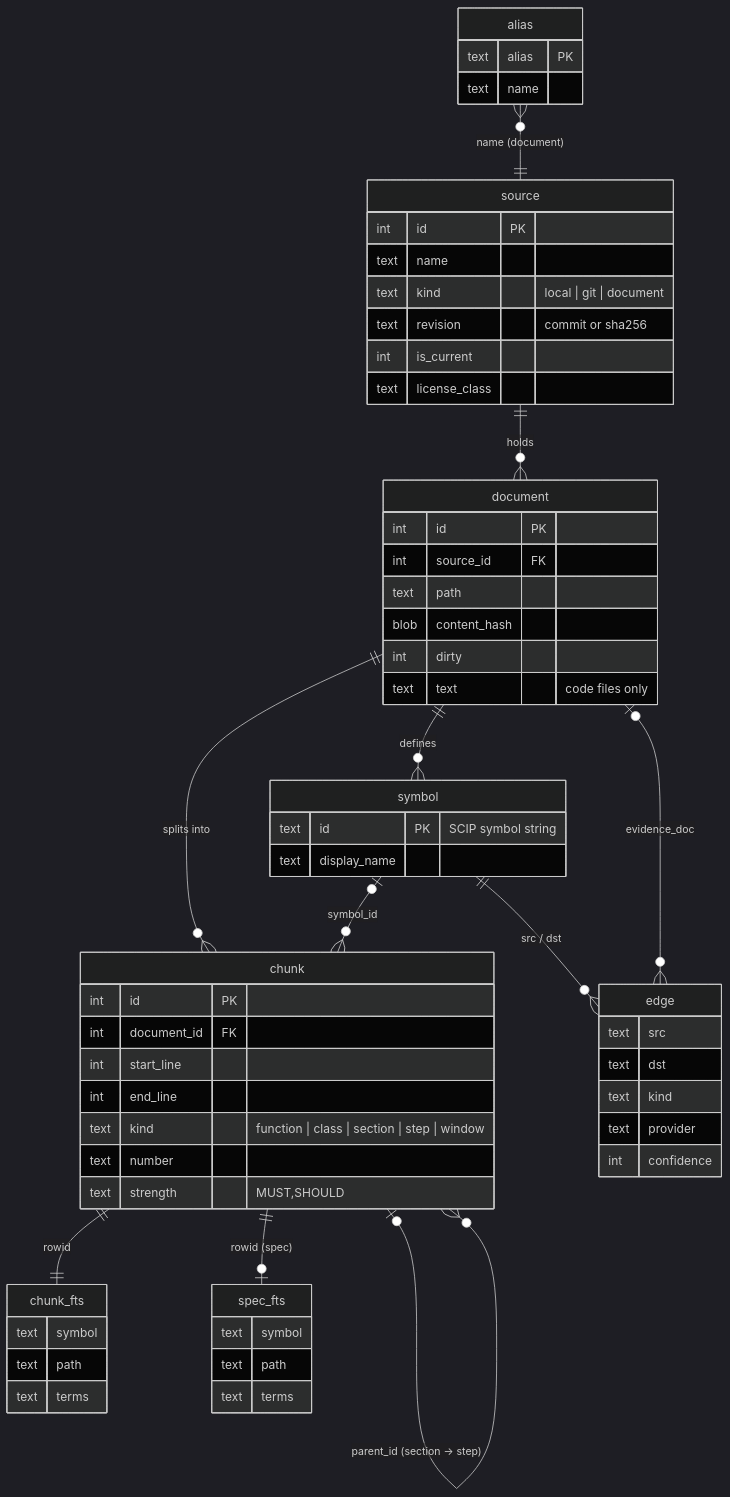
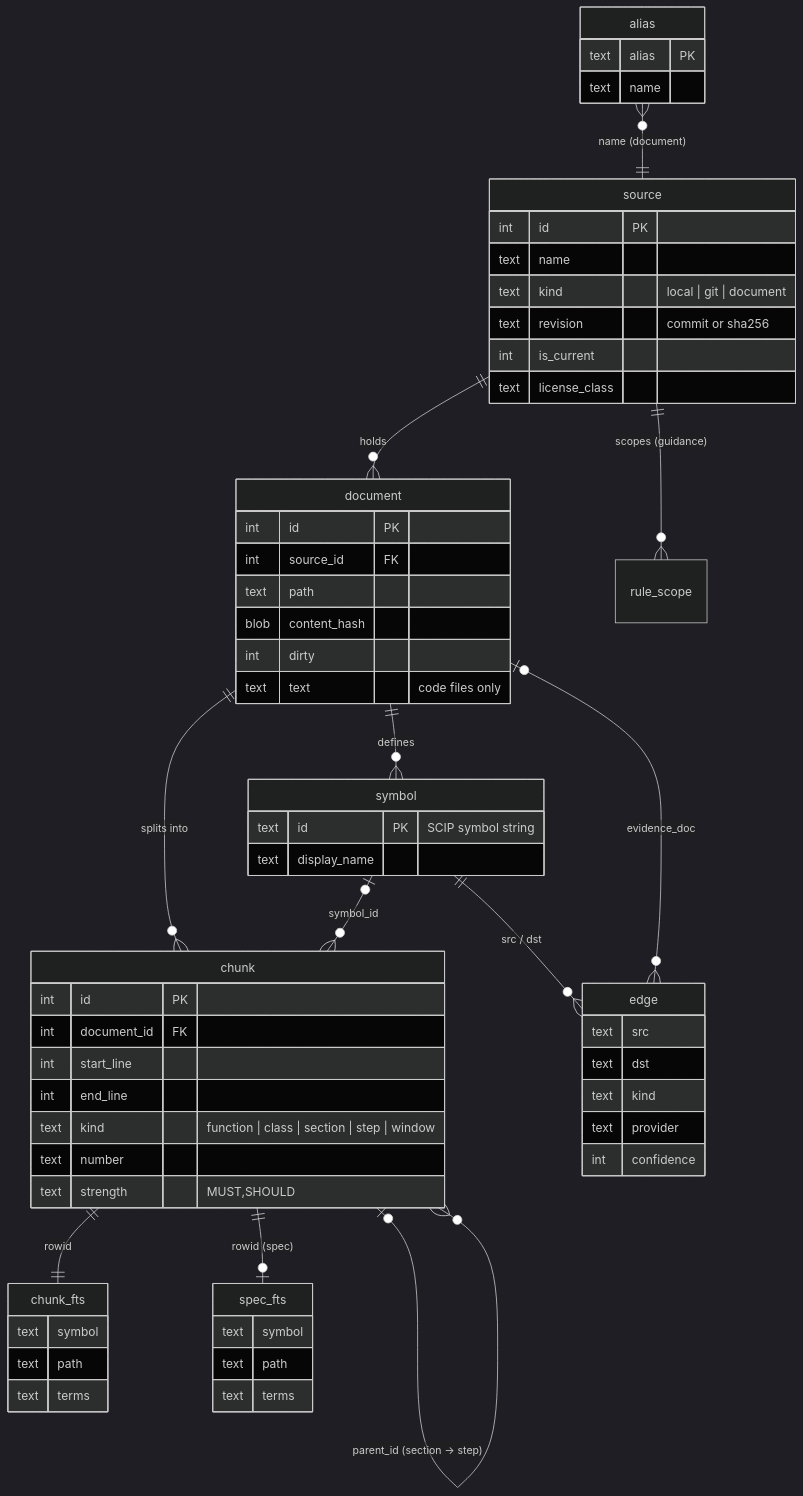
One commit to jamescrowley321/codecite changed the fifth of 5 diagrams in docs/design.md. Above: the diagram before and after it, drawn with Mermaid (dark theme). The commit also changed other lines of this file and 25 other files, not shown here.

First line of the commit message:
feat: index house rules as a guidance source and push the ones that govern a file (#165)

````diff
--- a/docs/design.md
+++ b/docs/design.md
@@ -215,63 +224,64 @@
 ```mermaid
 erDiagram
   source ||--o{ document : "holds"
   document ||--o{ chunk : "splits into"
   document ||--o{ symbol : "defines"
   chunk |o--o{ chunk : "parent_id (section → step)"
   symbol |o--o{ chunk : "symbol_id"
   chunk ||--|| chunk_fts : "rowid"
   chunk ||--o| spec_fts : "rowid (spec)"
   symbol ||--o{ edge : "src / dst"
   document |o--o{ edge : "evidence_doc"
   alias }o--|| source : "name (document)"
+  source ||--o{ rule_scope : "scopes (guidance)"
   source {
     int id PK
     text name
     text kind "local | git | document"
     text revision "commit or sha256"
     int is_current
     text license_class
   }
   document {
     int id PK
     int source_id FK
     text path
     blob content_hash
     int dirty
     text text "code files only"
   }
   chunk {
     int id PK
     int document_id FK
     int start_line
     int end_line
     text kind "function | class | section | step | window"
     text number
     text strength "MUST,SHOULD"
   }
   symbol {
     text id PK "SCIP symbol string"
     text display_name
   }
   edge {
     text src
     text dst
     text kind
     text provider
     int confidence
   }
   alias {
     text alias PK
     text name
   }
   chunk_fts {
     text symbol
     text path
     text terms
   }
   spec_fts {
     text symbol
     text path
     text terms
   }
 ```
````
